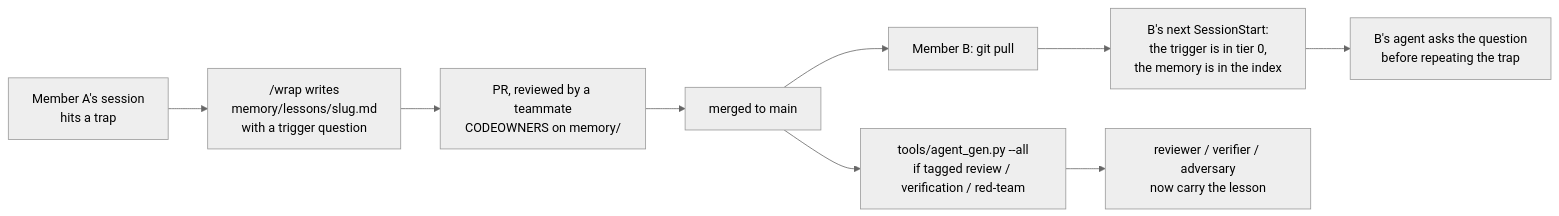
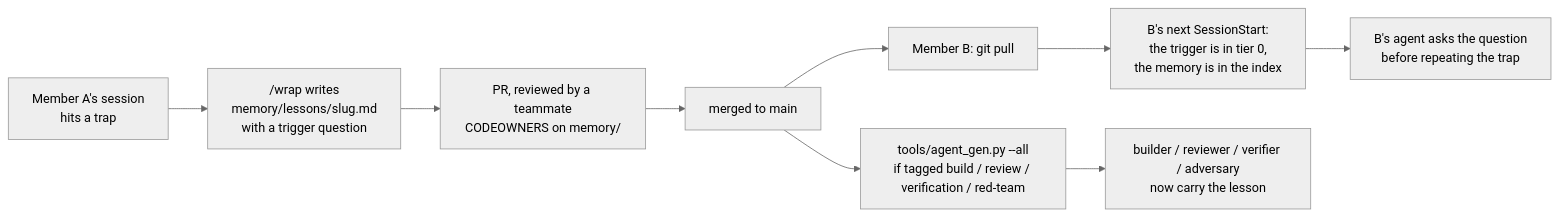
One commit to Siphaawal/agent-team-harness changed the fifth of 9 diagrams in README.md. Above: the diagram before and after it, drawn with Mermaid (neutral theme). The commit also changed other lines of this file and 38 other files, not shown here.

````diff
--- a/README.md
+++ b/README.md
@@ -168,11 +197,11 @@
 ```mermaid
 flowchart LR
   A1["Member A's session<br/>hits a trap"] --> W["/wrap writes<br/>memory/lessons/slug.md<br/>with a trigger question"]
   W --> PR["PR, reviewed by a teammate<br/>CODEOWNERS on memory/"]
   PR --> MERGE["merged to main"]
   MERGE --> PULL["Member B: git pull"]
   PULL --> T0["B's next SessionStart:<br/>the trigger is in tier 0,<br/>the memory is in the index"]
   T0 --> B1["B's agent asks the question<br/>before repeating the trap"]
-  MERGE --> GEN["tools/agent_gen.py --all<br/>if tagged review / verification / red-team"]
-  GEN --> ROLE["reviewer / verifier / adversary<br/>now carry the lesson"]
+  MERGE --> GEN["tools/agent_gen.py --all<br/>if tagged build / review / verification / red-team"]
+  GEN --> ROLE["builder / reviewer / verifier / adversary<br/>now carry the lesson"]
 ```
````
